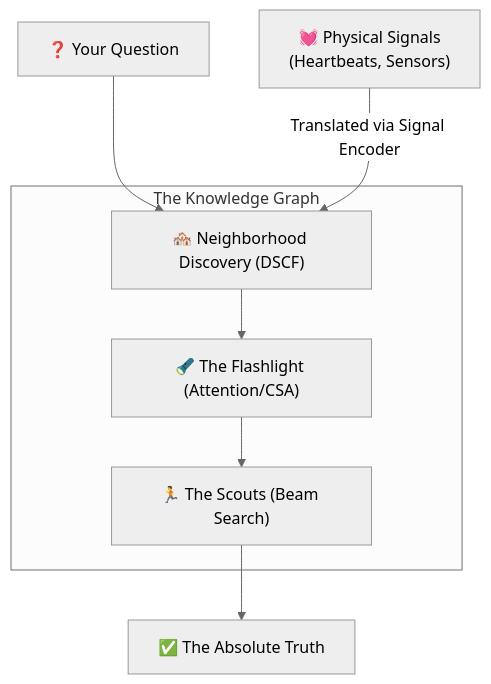
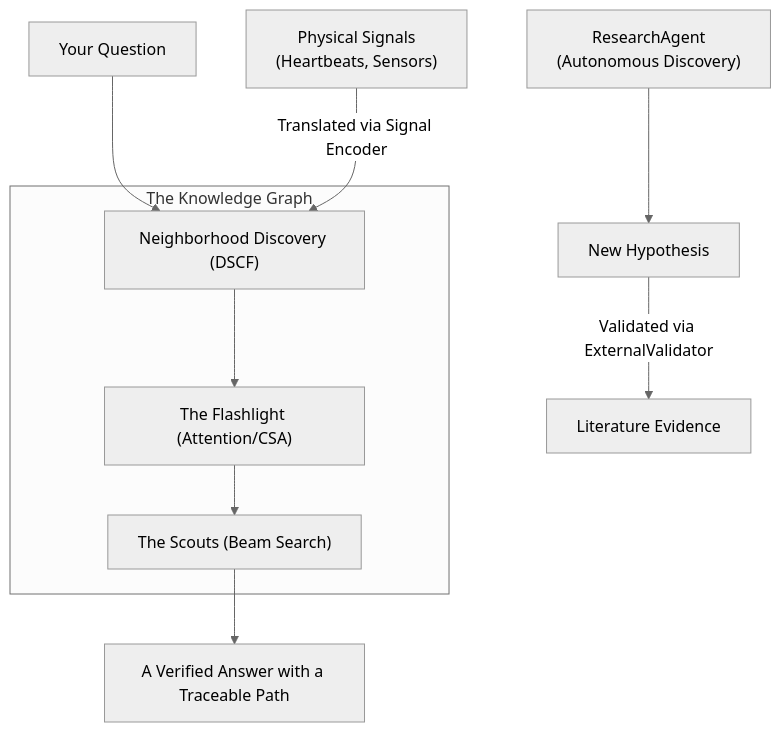
The diagram in docs/CEREBRUM_EXPLAINED.md (BrutalByte/CEREBRUM), drawn with Mermaid (neutral theme) before and after one commit. The commit also changed other lines of this file and 30 other files, not shown here.

````diff
--- a/docs/CEREBRUM_EXPLAINED.md
+++ b/docs/CEREBRUM_EXPLAINED.md
@@ -10,15 +10,17 @@
 ```mermaid
 graph TD
-    A["❓ Your Question"] --> B["🏘️ Neighborhood Discovery (DSCF)"]
-    B --> C["🔦 The Flashlight (Attention/CSA)"]
-    C --> D["🏃 The Scouts (Beam Search)"]
-    D --> E["✅ The Absolute Truth"]
-    
+    A["Your Question"] --> B["Neighborhood Discovery (DSCF)"]
+    B --> C["The Flashlight (Attention/CSA)"]
+    C --> D["The Scouts (Beam Search)"]
+    D --> E["A Verified Answer with a Traceable Path"]
+
     subgraph "The Knowledge Graph"
     B
     C
     D
     end
-    
-    F["💓 Physical Signals<br/>(Heartbeats, Sensors)"] -- "Translated via Signal Encoder" --> B
+
+    F["Physical Signals\n(Heartbeats, Sensors)"] -- "Translated via Signal Encoder" --> B
+    G["New Hypothesis"] -- "Validated via ExternalValidator" --> H["Literature Evidence"]
+    I["ResearchAgent\n(Autonomous Discovery)"] --> G
 ```
````
